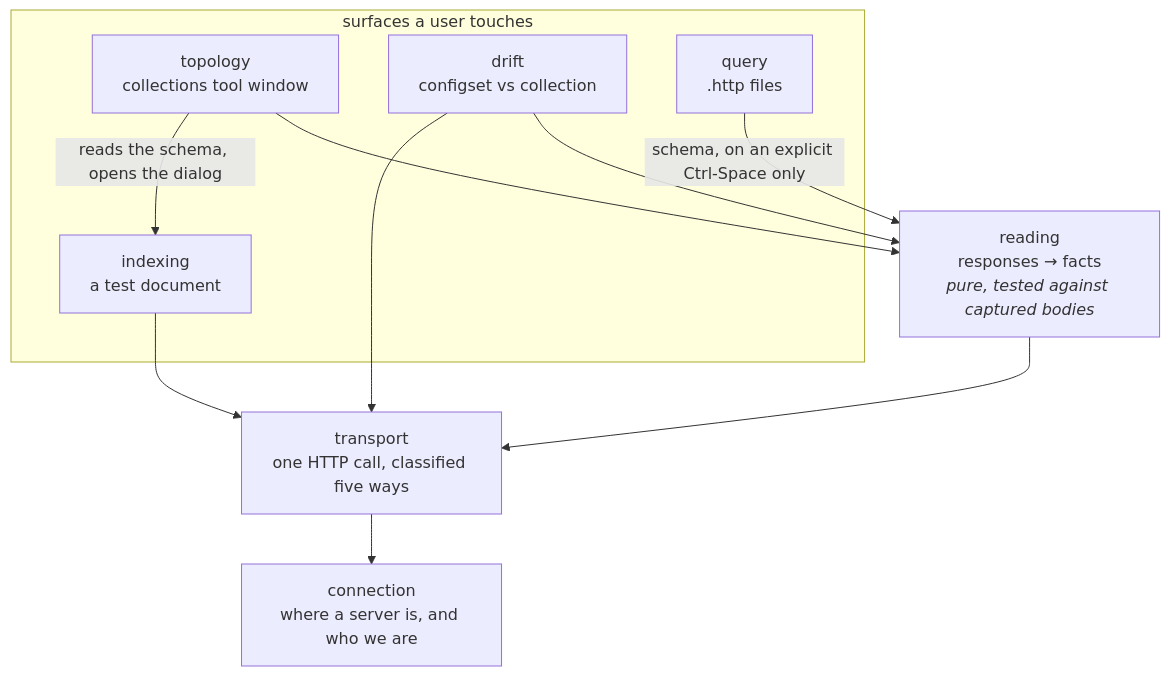
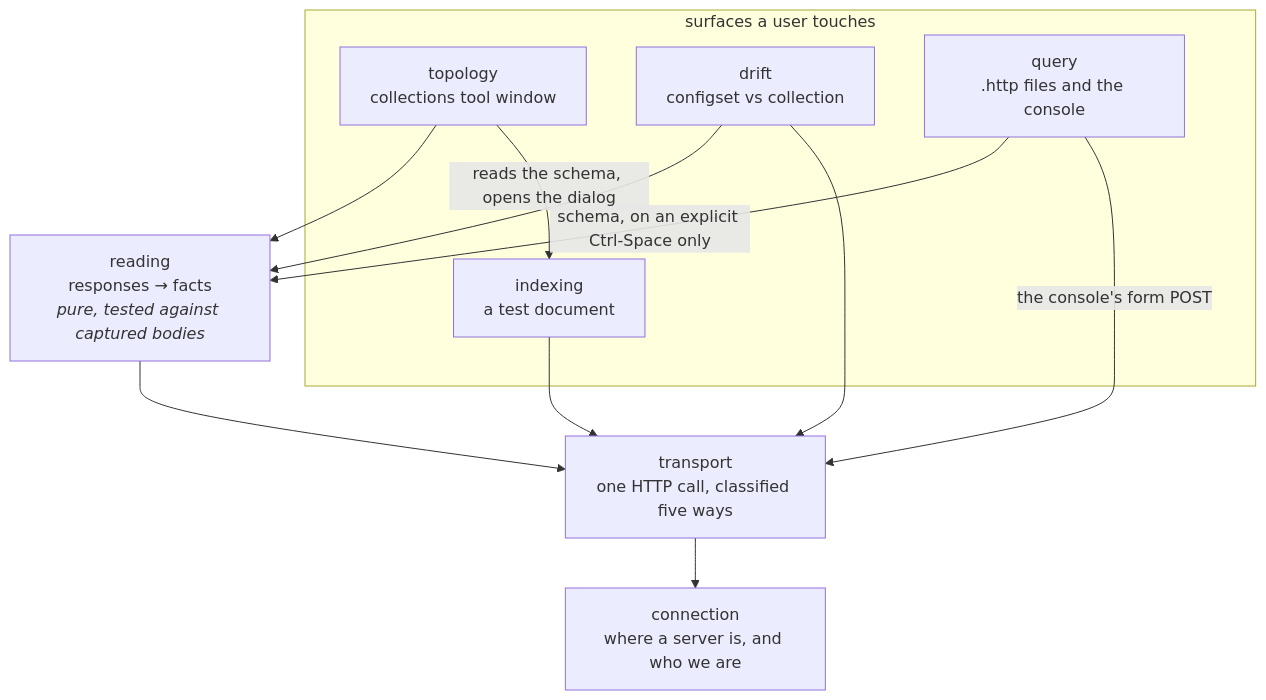
Before and after one commit to adityamparikh/solr-intellij-plugin: the fourth of 4 diagrams in docs/code-organization.md, drawn with Mermaid. The commit also changed other lines of this file and 8 other files, not shown here.

````diff
--- a/docs/code-organization.md
+++ b/docs/code-organization.md
@@ -796,21 +396,22 @@
 ```mermaid
 flowchart TD
     subgraph ui["surfaces a user touches"]
         Topology["topology<br/>collections tool window"]
         Drift["drift<br/>configset vs collection"]
-        Query["query<br/>.http files"]
+        Query["query<br/>.http files and the console"]
         Indexing["indexing<br/>a test document"]
     end
     Reading["reading<br/>responses → facts<br/><i>pure, tested against captured bodies</i>"]
     Transport["transport<br/>one HTTP call, classified five ways"]
     Connection["connection<br/>where a server is, and who we are"]
 
     Topology --> Reading
     Drift --> Reading
     Drift --> Transport
     Query -->|"schema, on an explicit Ctrl-Space only"| Reading
+    Query -->|"the console's form POST"| Transport
     Topology -->|"reads the schema, opens the dialog"| Indexing
     Indexing --> Transport
     Reading --> Transport
     Transport --> Connection
 ```
````
